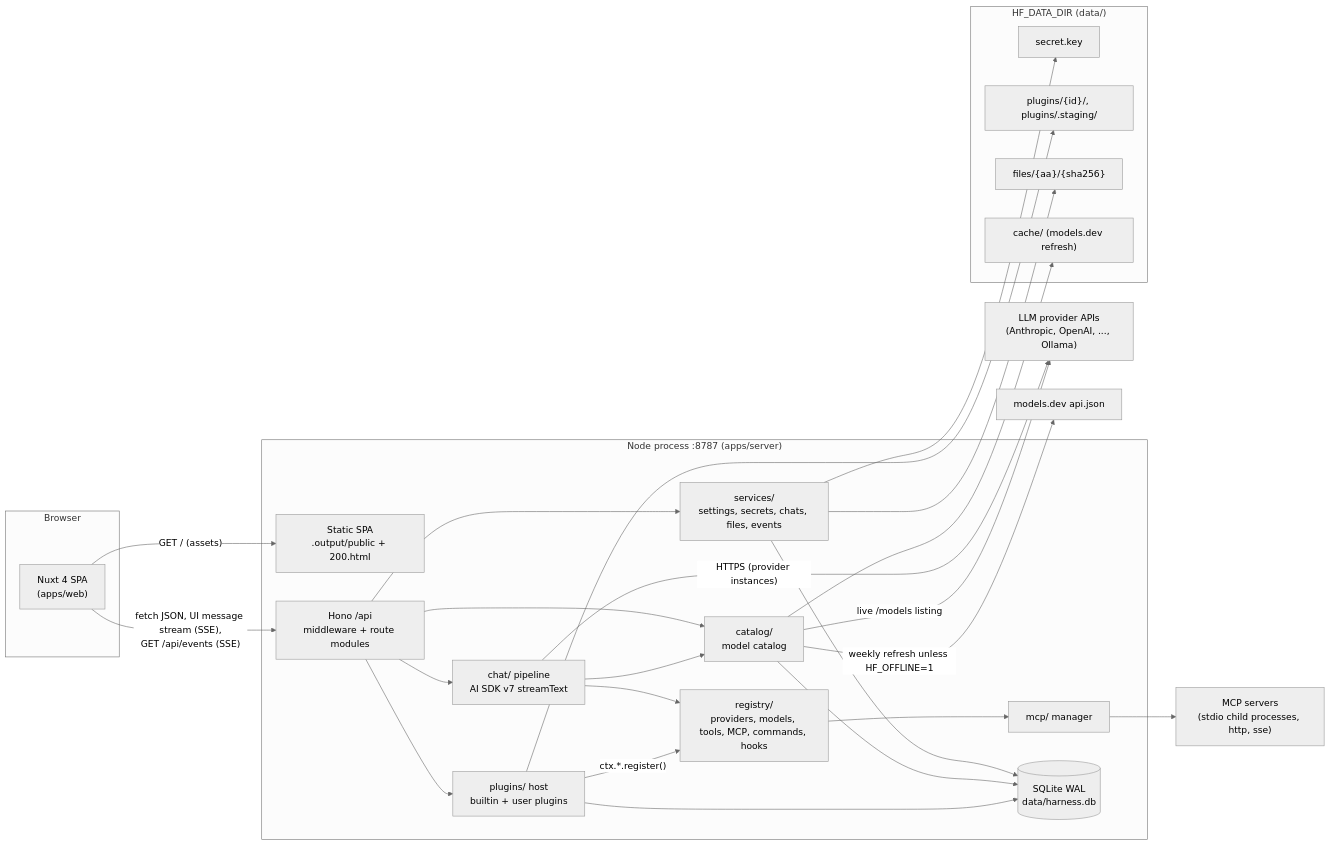
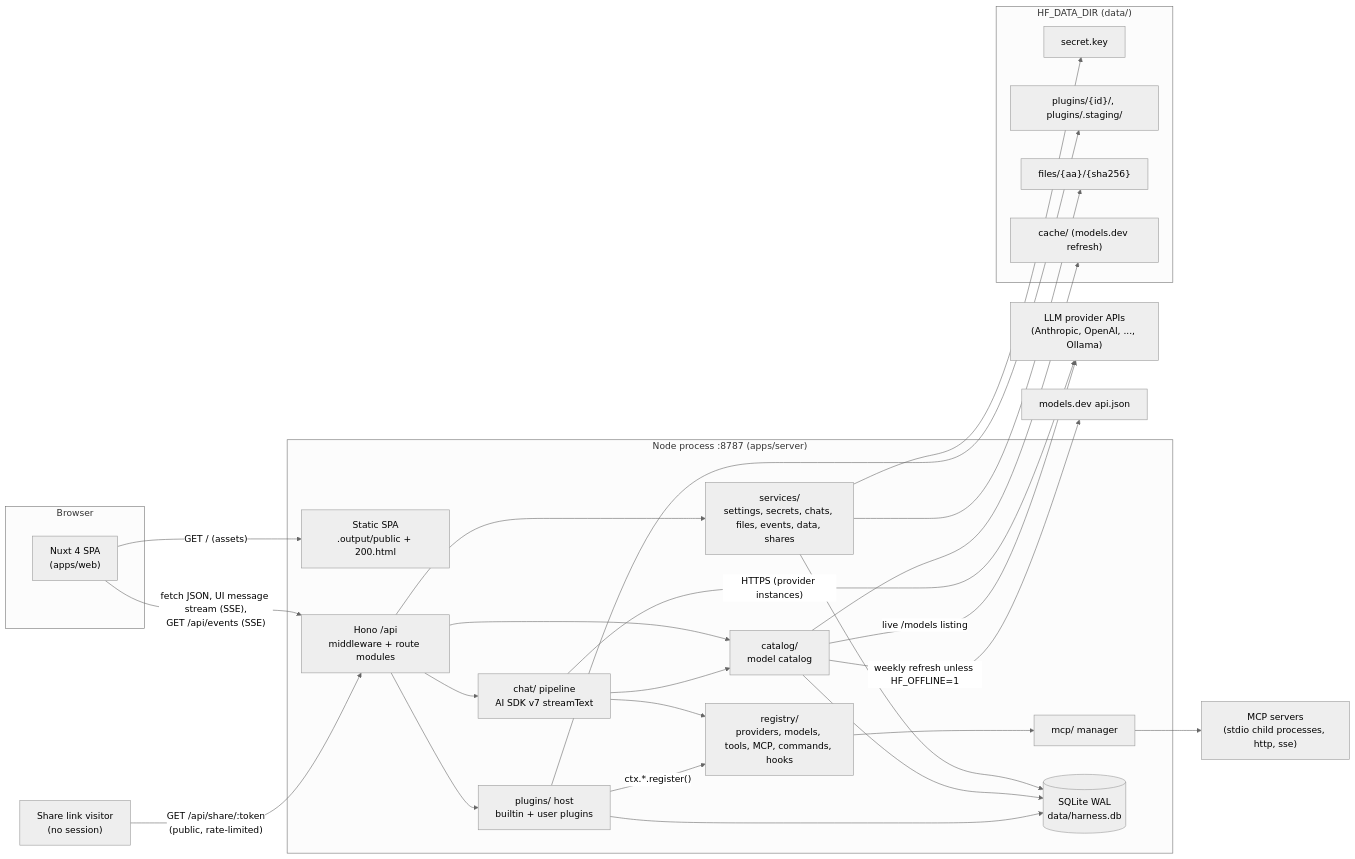
Before and after one commit to maksqi/harness-forge: the first of 13 diagrams in docs/ARCHITECTURE.md, drawn with Mermaid (neutral theme). The commit also changed other lines of this file and 51 other files, not shown here.

````diff
--- a/docs/ARCHITECTURE.md
+++ b/docs/ARCHITECTURE.md
@@ -13,48 +13,49 @@
 ```mermaid
 flowchart LR
   subgraph Browser
     SPA["Nuxt 4 SPA<br/>(apps/web)"]
   end
   subgraph Server["Node process :8787 (apps/server)"]
     Static["Static SPA<br/>.output/public + 200.html"]
     API["Hono /api<br/>middleware + route modules"]
     Chat["chat/ pipeline<br/>AI SDK v7 streamText"]
     Host["plugins/ host<br/>builtin + user plugins"]
     Reg["registry/<br/>providers, models, tools, MCP, commands, hooks"]
     Cat["catalog/<br/>model catalog"]
     MCPM["mcp/ manager"]
-    Svc["services/<br/>settings, secrets, chats, files, events"]
+    Svc["services/<br/>settings, secrets, chats, files, events, data, shares"]
     DB[("SQLite WAL<br/>data/harness.db")]
   end
   subgraph DataDir["HF_DATA_DIR (data/)"]
     Key["secret.key"]
     PDir["plugins/{id}/, plugins/.staging/"]
     Files["files/{aa}/{sha256}"]
     Cache["cache/ (models.dev refresh)"]
   end
   LLM["LLM provider APIs<br/>(Anthropic, OpenAI, ..., Ollama)"]
   MCPS["MCP servers<br/>(stdio child processes, http, sse)"]
   MD["models.dev api.json"]
 
   SPA -- "fetch JSON, UI message stream (SSE),<br/>GET /api/events (SSE)" --> API
+  Visitor["Share link visitor<br/>(no session)"] -- "GET /api/share/:token<br/>(public, rate-limited)" --> API
   SPA -- "GET / (assets)" --> Static
   API --> Chat
   API --> Svc
   API --> Host
   API --> Cat
   Chat --> Reg
   Chat --> Cat
   Host -- "ctx.*.register()" --> Reg
   Reg --> MCPM
   Chat -- "HTTPS (provider instances)" --> LLM
   Cat -- "live /models listing" --> LLM
   Cat -- "weekly refresh unless HF_OFFLINE=1" --> MD
   MCPM --> MCPS
   Svc --> DB
   Cat --> DB
   Host --> DB
   Svc --> Key
   Svc --> Files
   Host --> PDir
   Cat --> Cache
 ```
````
